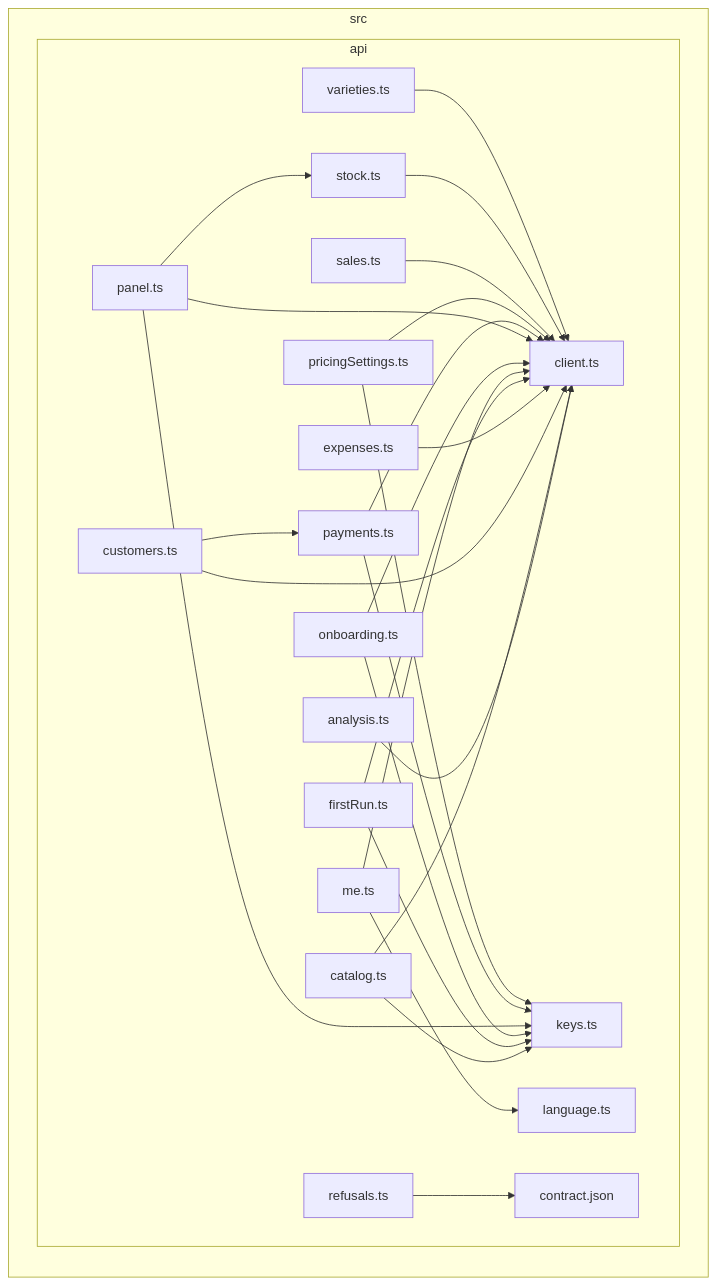
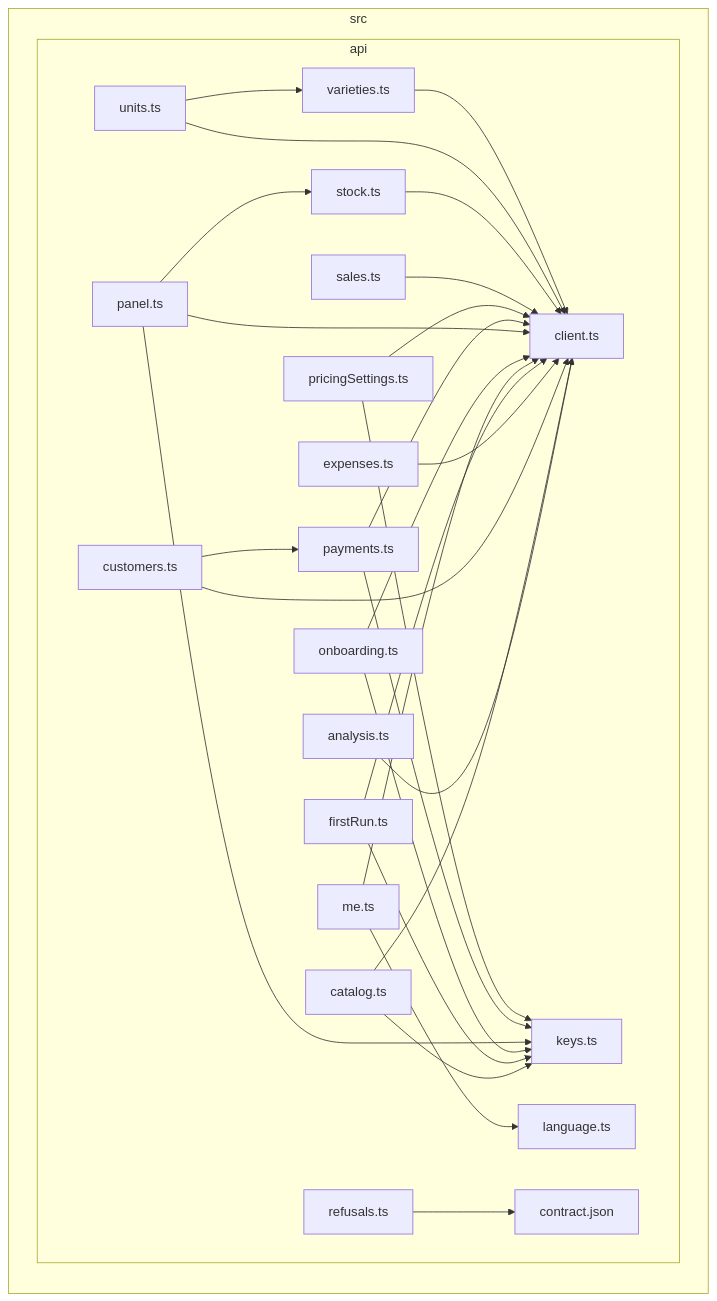
One commit to GonzaloZevallos/apostrophe changed the diagram in docs/architecture/generated/front-modules/api.md. Above: the diagram before and after it, drawn with Mermaid. The commit also changed 3 other files, not shown here.

````diff
--- a/docs/architecture/generated/front-modules/api.md
+++ b/docs/architecture/generated/front-modules/api.md
@@ -7,48 +7,51 @@
 ```mermaid
 flowchart LR
 subgraph src["src"]
   subgraph src_api["api"]
     src_api_analysis_ts["analysis.ts"]
     src_api_catalog_ts["catalog.ts"]
     src_api_client_ts["client.ts"]
     src_api_contract_json["contract.json"]
     src_api_customers_ts["customers.ts"]
     src_api_expenses_ts["expenses.ts"]
     src_api_firstRun_ts["firstRun.ts"]
     src_api_keys_ts["keys.ts"]
     src_api_language_ts["language.ts"]
     src_api_me_ts["me.ts"]
     src_api_onboarding_ts["onboarding.ts"]
     src_api_panel_ts["panel.ts"]
     src_api_payments_ts["payments.ts"]
     src_api_pricingSettings_ts["pricingSettings.ts"]
     src_api_refusals_ts["refusals.ts"]
     src_api_sales_ts["sales.ts"]
     src_api_stock_ts["stock.ts"]
+    src_api_units_ts["units.ts"]
     src_api_varieties_ts["varieties.ts"]
   end
 end
 src_api_analysis_ts-->src_api_client_ts
 src_api_catalog_ts-->src_api_client_ts
 src_api_catalog_ts-->src_api_keys_ts
 src_api_customers_ts-->src_api_client_ts
 src_api_customers_ts-->src_api_payments_ts
 src_api_expenses_ts-->src_api_client_ts
 src_api_firstRun_ts-->src_api_client_ts
 src_api_firstRun_ts-->src_api_keys_ts
 src_api_me_ts-->src_api_client_ts
 src_api_me_ts-->src_api_language_ts
 src_api_onboarding_ts-->src_api_client_ts
 src_api_onboarding_ts-->src_api_keys_ts
 src_api_panel_ts-->src_api_client_ts
 src_api_panel_ts-->src_api_keys_ts
 src_api_panel_ts-->src_api_stock_ts
 src_api_payments_ts-->src_api_client_ts
 src_api_payments_ts-->src_api_keys_ts
 src_api_pricingSettings_ts-->src_api_client_ts
 src_api_pricingSettings_ts-->src_api_keys_ts
 src_api_refusals_ts-->src_api_contract_json
 src_api_sales_ts-->src_api_client_ts
 src_api_stock_ts-->src_api_client_ts
+src_api_units_ts-->src_api_client_ts
+src_api_units_ts-->src_api_varieties_ts
 src_api_varieties_ts-->src_api_client_ts
 ```
````
